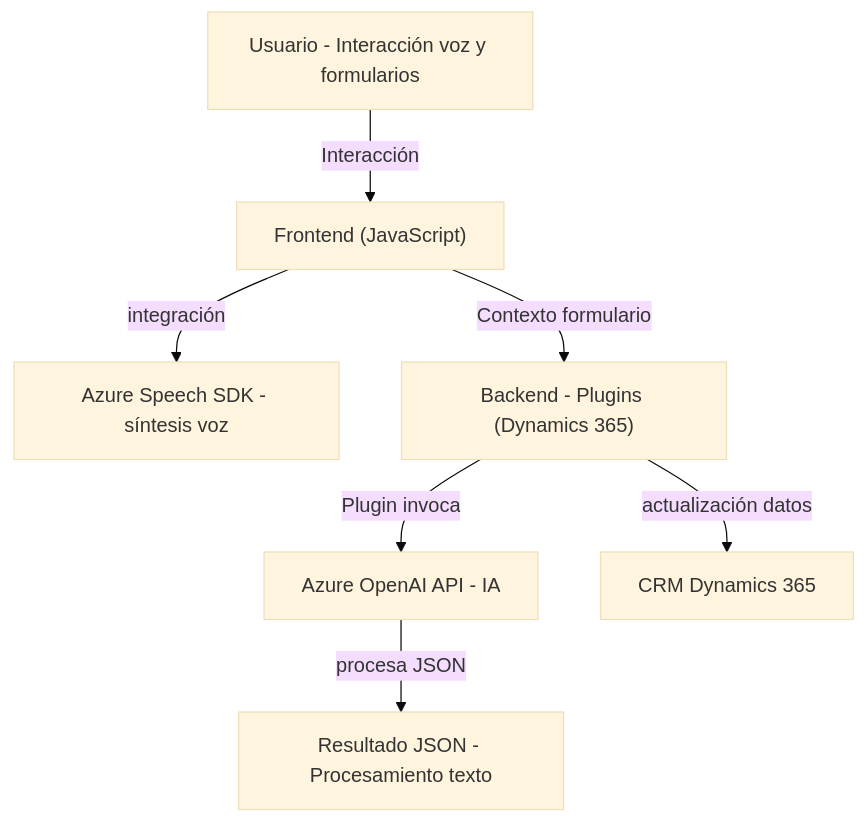
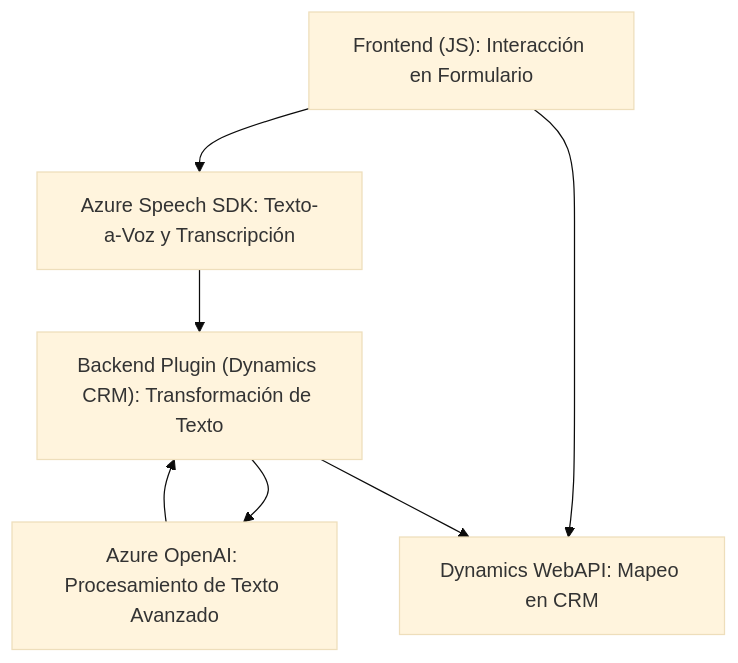
The diagram in README.md (blopezdm/NETCORE_BILBAO2025), drawn with Mermaid (base theme) before and after one commit. The commit also changed other lines of this file, not shown here.

````diff
--- a/README.md
+++ b/README.md
@@ -45,9 +46,15 @@
 ```mermaid
 graph TD
-    A["Usuario - Interacción voz y formularios"] -->|Interacción| B["Frontend (JavaScript)"]
-    B -->|integración| C["Azure Speech SDK - síntesis voz"]
-    B -->|Contexto formulario| D["Backend - Plugins (Dynamics 365)"]
-    D -->|Plugin invoca| E["Azure OpenAI API - IA"]
-    E -->|procesa JSON| F["Resultado JSON - Procesamiento texto"]
-    D -->|actualización datos| G["CRM Dynamics 365"]
+    A["Frontend (JS): Interacción en Formulario"]
+    B["Azure Speech SDK: Texto-a-Voz y Transcripción"]
+    C["Backend Plugin (Dynamics CRM): Transformación de Texto"]
+    D["Azure OpenAI: Procesamiento de Texto Avanzado"]
+    E["Dynamics WebAPI: Mapeo en CRM"]
+
+    A --> B
+    A --> E
+    B --> C
+    C --> D
+    D --> C
+    C --> E
 ```
````
